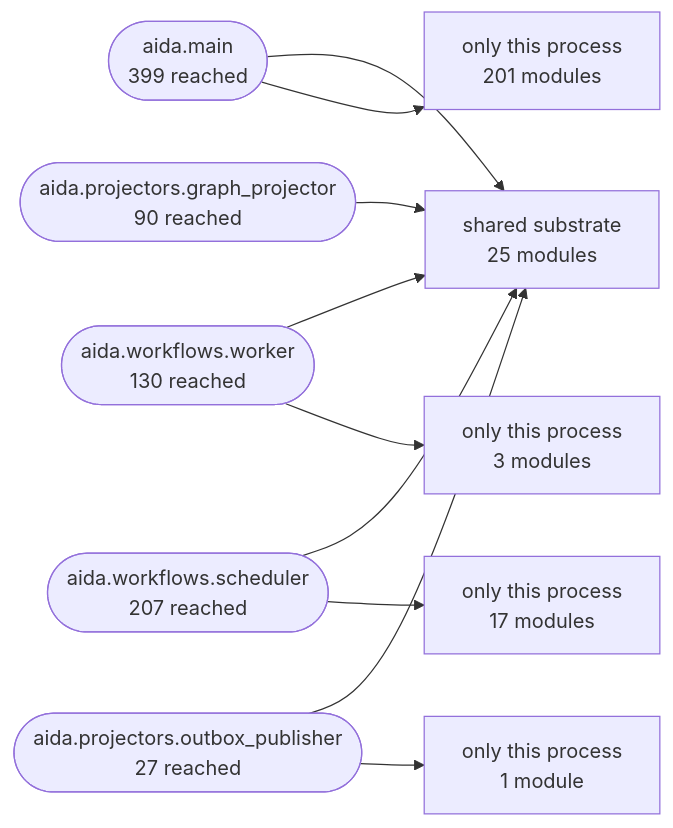
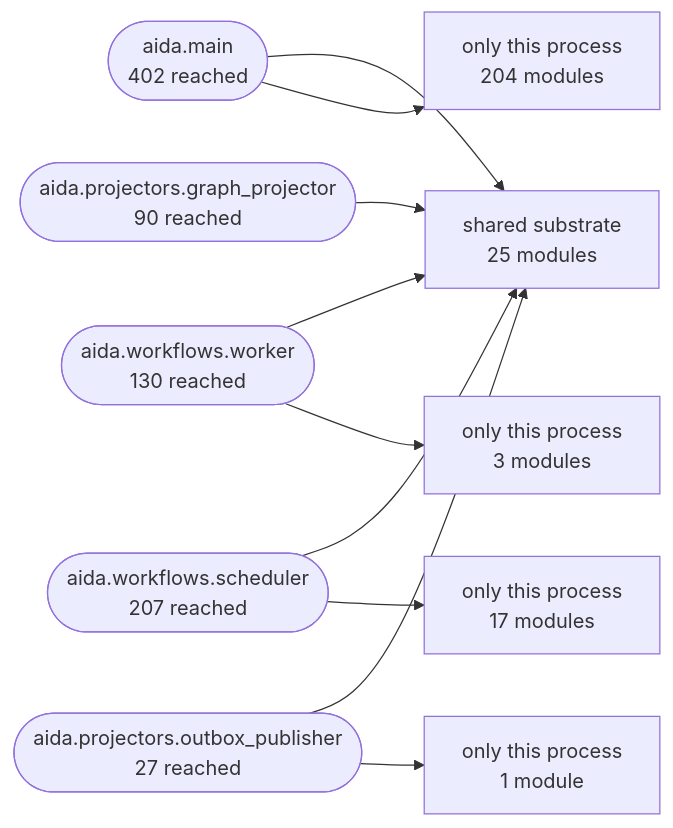
One commit to karuppusamym/AIDataAnalyst changed the second of 3 diagrams in Docs/10-architecture/14-generated-architecture-map.md. Above: the diagram before and after it, drawn with Mermaid. The commit also changed other lines of this file and 15 other files, not shown here.

````diff
--- a/Docs/10-architecture/14-generated-architecture-map.md
+++ b/Docs/10-architecture/14-generated-architecture-map.md
@@ -178,22 +178,22 @@
 ```mermaid
 graph LR
   shared["shared substrate<br/>25 modules"]
-  aida_main(["aida.main<br/>399 reached"])
+  aida_main(["aida.main<br/>402 reached"])
   aida_workflows_worker(["aida.workflows.worker<br/>130 reached"])
   aida_workflows_scheduler(["aida.workflows.scheduler<br/>207 reached"])
   aida_projectors_graph_projector(["aida.projectors.graph_projector<br/>90 reached"])
   aida_projectors_outbox_publisher(["aida.projectors.outbox_publisher<br/>27 reached"])
   aida_main --> shared
-  only_aida_main["only this process<br/>201 modules"]
+  only_aida_main["only this process<br/>204 modules"]
   aida_main --> only_aida_main
   aida_workflows_worker --> shared
   only_aida_workflows_worker["only this process<br/>3 modules"]
   aida_workflows_worker --> only_aida_workflows_worker
   aida_workflows_scheduler --> shared
   only_aida_workflows_scheduler["only this process<br/>17 modules"]
   aida_workflows_scheduler --> only_aida_workflows_scheduler
   aida_projectors_graph_projector --> shared
   aida_projectors_outbox_publisher --> shared
   only_aida_projectors_outbox_publisher["only this process<br/>1 module"]
   aida_projectors_outbox_publisher --> only_aida_projectors_outbox_publisher
 ```
````
